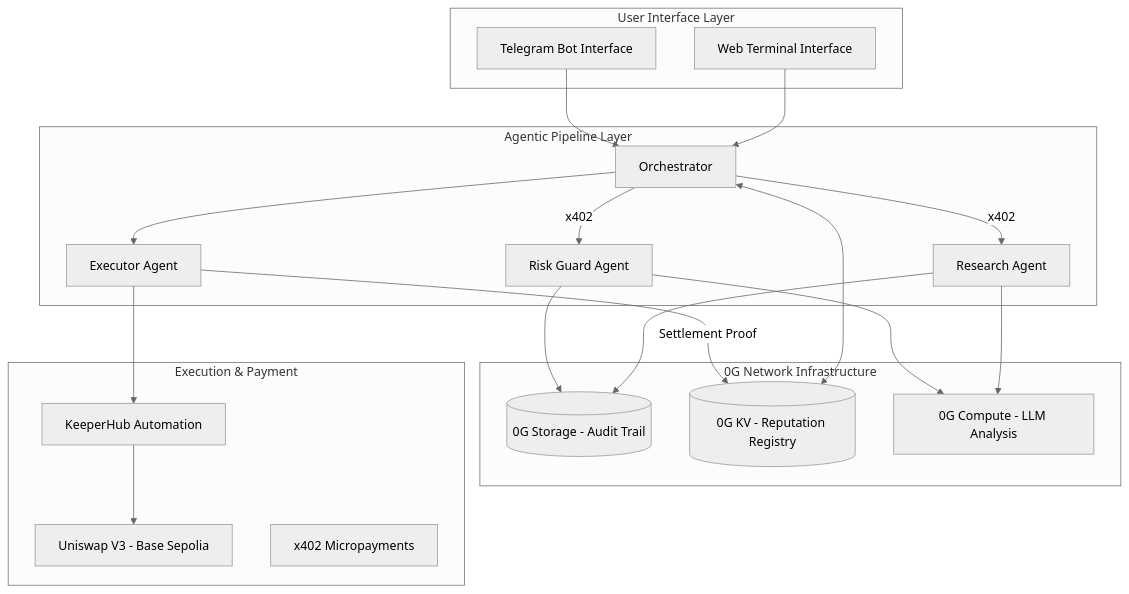
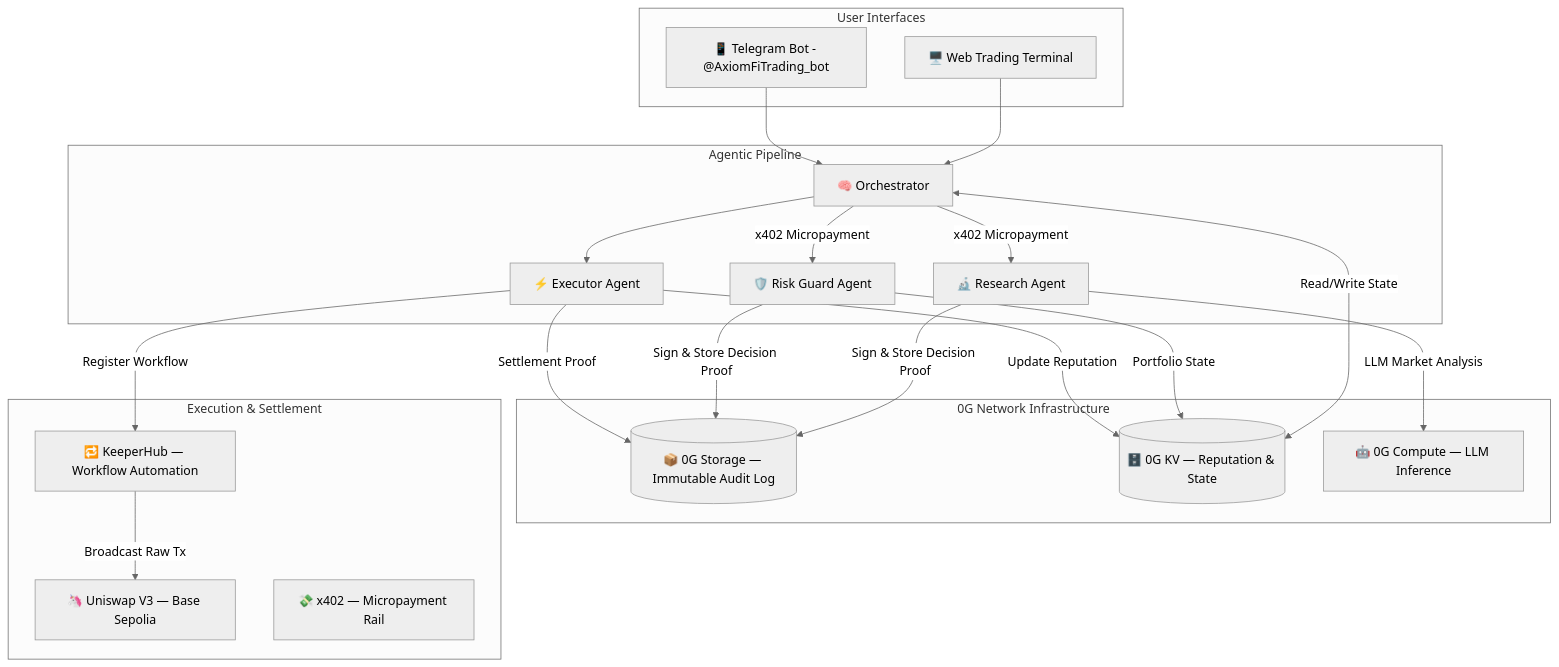
One commit to Lakshmikanth-3/Axiom-Fi changed the first of 2 diagrams in README.md. Above: the diagram before and after it, drawn with Mermaid (neutral theme). The commit also changed other lines of this file, not shown here.

````diff
--- a/README.md
+++ b/README.md
@@ -23,37 +21,38 @@
 ```mermaid
 graph TD
-    subgraph "User Interface Layer"
-        Web[Web Terminal Interface]
-        TG[Telegram Bot Interface]
+    subgraph "User Interfaces"
+        Web[🖥️ Web Trading Terminal]
+        TG[📱 Telegram Bot - @AxiomFiTrading_bot]
     end
 
-    subgraph "Agentic Pipeline Layer"
-        ORC[Orchestrator]
-        RES[Research Agent]
-        RG[Risk Guard Agent]
-        EXE[Executor Agent]
+    subgraph "Agentic Pipeline"
+        ORC[🧠 Orchestrator]
+        RES[🔬 Research Agent]
+        RG[🛡️ Risk Guard Agent]
+        EXE[⚡ Executor Agent]
     end
 
     subgraph "0G Network Infrastructure"
-        OGS[(0G Storage - Audit Trail)]
-        OGK[(0G KV - Reputation Registry)]
-        OGC[0G Compute - LLM Analysis]
+        OGS[(📦 0G Storage — Immutable Audit Log)]
+        OGK[(🗄️ 0G KV — Reputation & State)]
+        OGC[🤖 0G Compute — LLM Inference]
     end
 
-    subgraph "Execution & Payment"
-        KH[KeeperHub Automation]
-        UNI[Uniswap V3 - Base Sepolia]
-        X402[x402 Micropayments]
+    subgraph "Execution & Settlement"
+        KH[🔁 KeeperHub — Workflow Automation]
+        UNI[🦄 Uniswap V3 — Base Sepolia]
+        X402[💸 x402 — Micropayment Rail]
     end
 
-    %% Connections
     Web & TG --> ORC
-    ORC <--> OGK
-    ORC -- x402 --> RES & RG
-    RES & RG --> OGS
-    RES & RG --> OGC
+    ORC <-->|Read/Write State| OGK
+    ORC -->|x402 Micropayment| RES & RG
+    RES -->|LLM Market Analysis| OGC
+    RES & RG -->|Sign & Store Decision Proof| OGS
+    RG -->|Portfolio State| OGK
     ORC --> EXE
-    EXE --> KH
-    KH --> UNI
-    EXE -- Settlement Proof --> OGK
+    EXE -->|Register Workflow| KH
+    KH -->|Broadcast Raw Tx| UNI
+    EXE -->|Settlement Proof| OGS
+    EXE -->|Update Reputation| OGK
 ```
````
